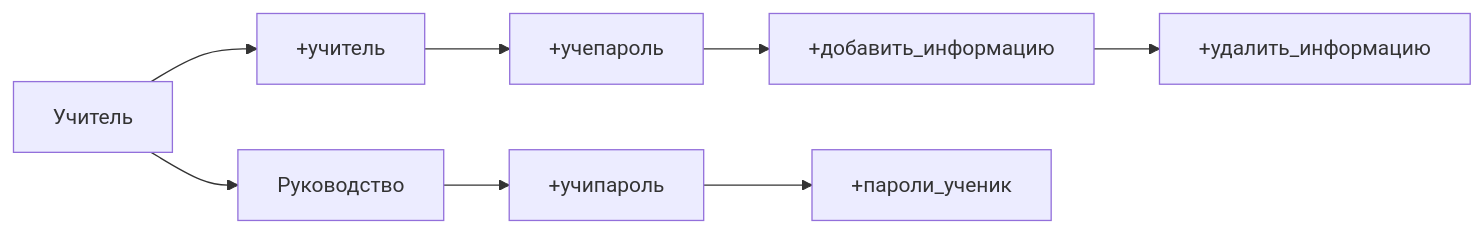
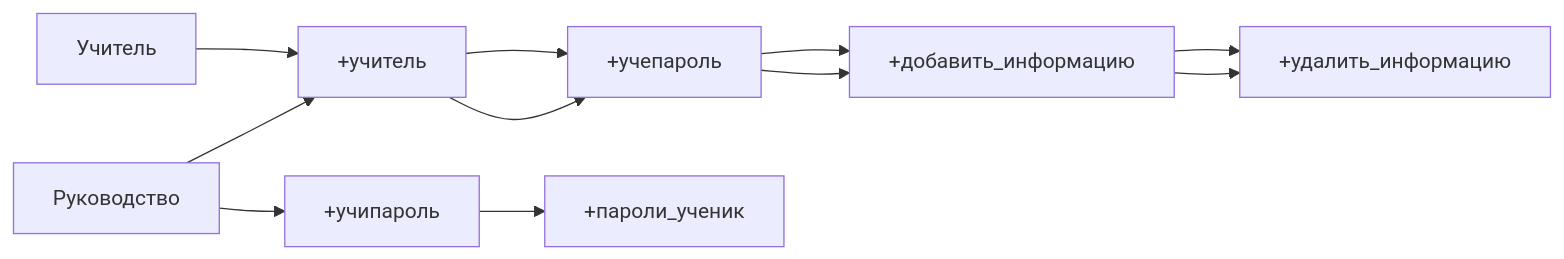
One commit to caffreyfizz/discord.py-platform-SIC changed the diagram in README.md. Above: the diagram before and after it, drawn with Mermaid.

````diff
--- a/README.md
+++ b/README.md
@@ -113,7 +113,7 @@
 ```mermaid
   graph LR;
       Учитель-->+учитель-->+учепароль-->+добавить_информацию-->+удалить_информацию;
-      Учитель-->Руководство
+      Руководство-->+учитель-->+учепароль-->+добавить_информацию-->+удалить_информацию;
       Руководство-->+учипароль-->+пароли_ученик;
       
 ```
````
